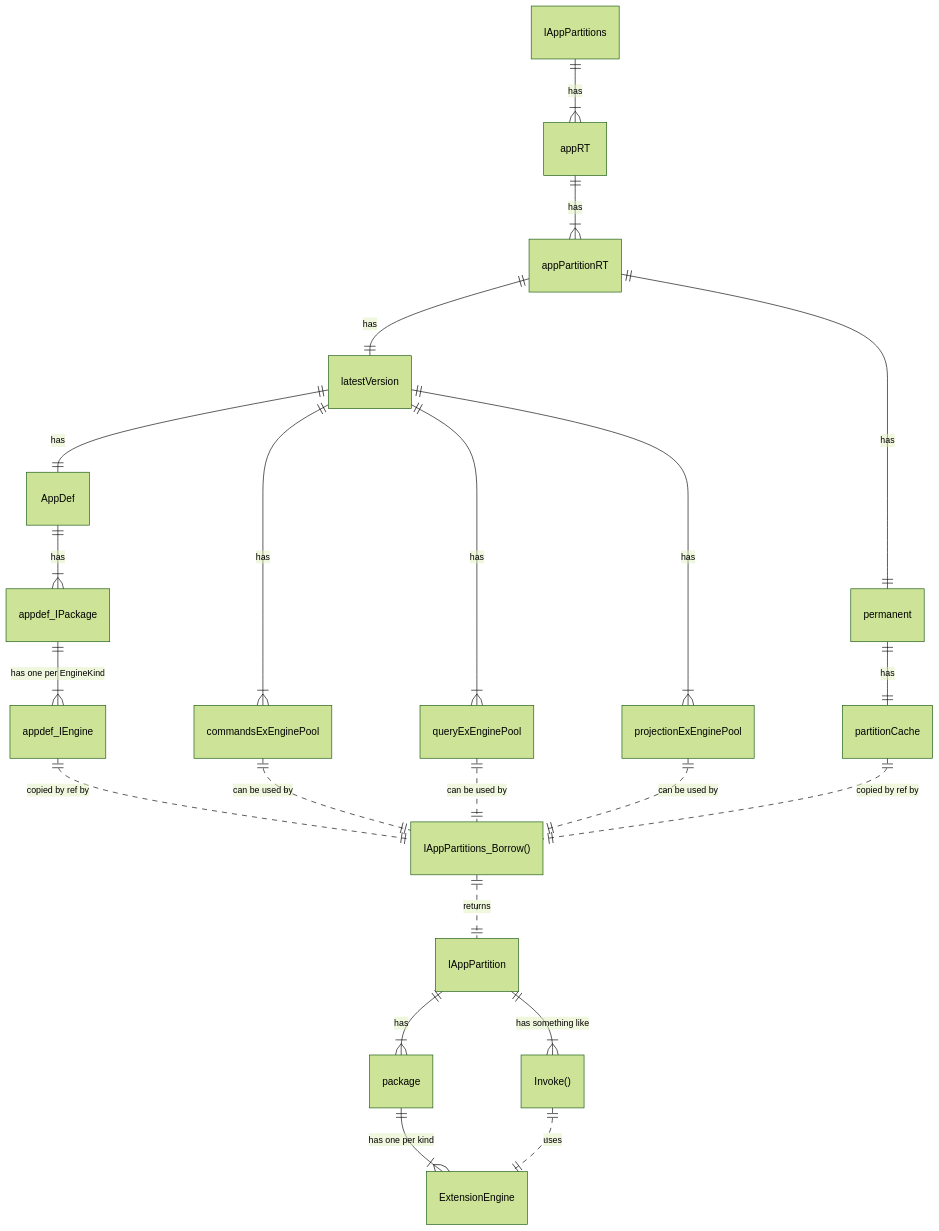
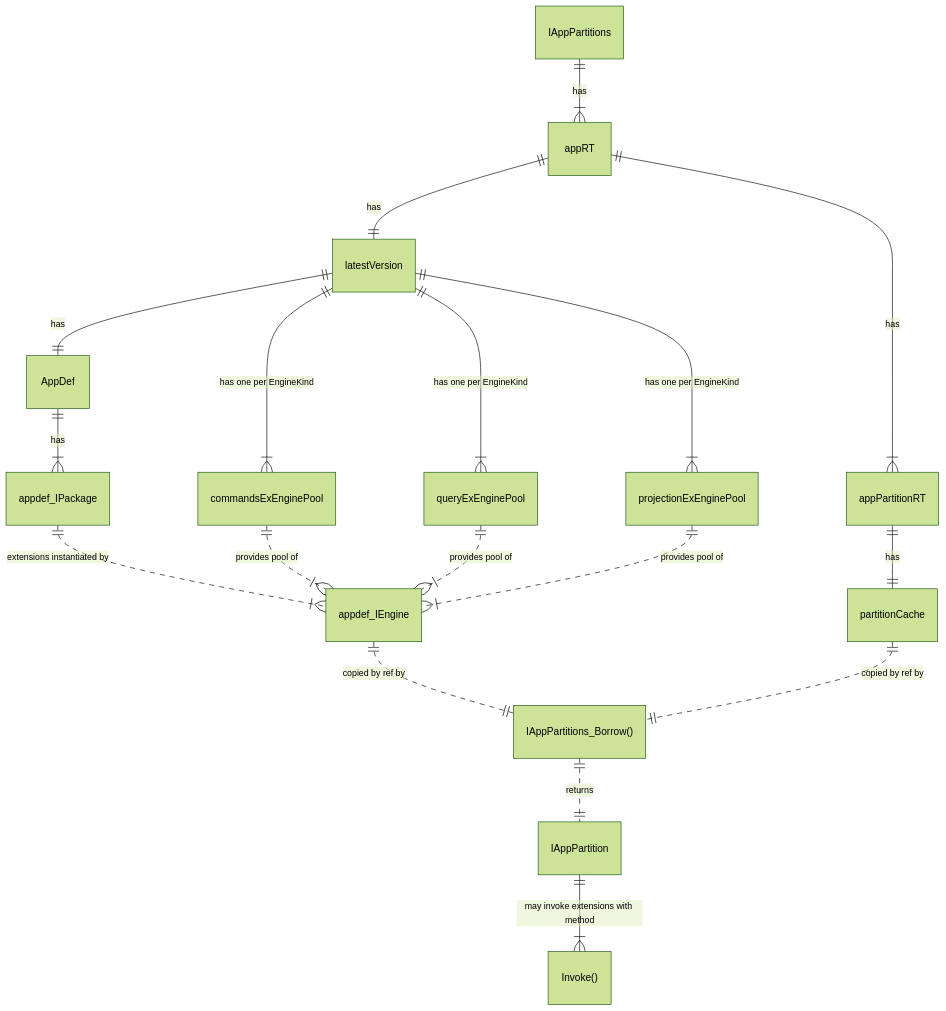
The fifth of 13 diagrams in design/README.md (voedger/voedger), drawn with Mermaid (forest theme) before and after one commit. The commit also changed other lines of this file and 3 other files, not shown here.

Commit message:
#943 A&D: AppPartitions & Engines (#1066)

````diff
--- a/design/README.md
+++ b/design/README.md
@@ -177,35 +162,30 @@
 ```mermaid
     erDiagram
 
     IAppPartitions ||--|{ appRT : "has"
 
     appRT ||--|{ appPartitionRT : "has"
 
-    appPartitionRT ||--|| latestVersion : "has"
-    appPartitionRT ||--|| permanent : "has"
+    appRT ||--|| latestVersion : "has"
+    appPartitionRT ||--|| partitionCache : "has"
 
     latestVersion ||--|| AppDef : "has"
-    latestVersion  ||--|{ commandsExEnginePool : "has"
-    latestVersion  ||--|{ queryExEnginePool : "has"
-    latestVersion  ||--|{ projectionExEnginePool : "has"
-    permanent  ||--|| partitionCache: "has"
+    latestVersion  ||--|{ commandsExEnginePool : "has one per EngineKind"
+    latestVersion  ||--|{ queryExEnginePool : "has one per EngineKind"
+    latestVersion  ||--|{ projectionExEnginePool : "has one per EngineKind"
 
 
     AppDef ||--|{ appdef_IPackage : "has"
-    appdef_IPackage ||--|{ appdef_IEngine : "has one per EngineKind"
+    appdef_IPackage ||..|{ appdef_IEngine: "extensions instantiated by"
 
     appdef_IEngine ||..|| "IAppPartitions_Borrow()": "copied by ref by"
     
-    commandsExEnginePool ||..|| "IAppPartitions_Borrow()": "can be used by"
-    queryExEnginePool ||..|| "IAppPartitions_Borrow()": "can be used by"
-    projectionExEnginePool ||..|| "IAppPartitions_Borrow()": "can be used by"
+    commandsExEnginePool ||..|{ "appdef_IEngine": "provides pool of"
+    queryExEnginePool ||..|{ "appdef_IEngine": "provides pool of"
+    projectionExEnginePool ||..|{ "appdef_IEngine": "provides pool of"
     partitionCache ||..|| "IAppPartitions_Borrow()": "copied by ref by"
 
     "IAppPartitions_Borrow()" ||..|| "IAppPartition": "returns"
 
-    IAppPartition ||--|{ package : "has"
-    package ||--|{ ExtensionEngine : "has one per kind"
-    IAppPartition ||--|{ "Invoke()" : "has something like"
-
-    "Invoke()" ||..|| ExtensionEngine : "uses"
+    IAppPartition ||--|{ "Invoke()" : "may invoke extensions with method"
 ```
````
